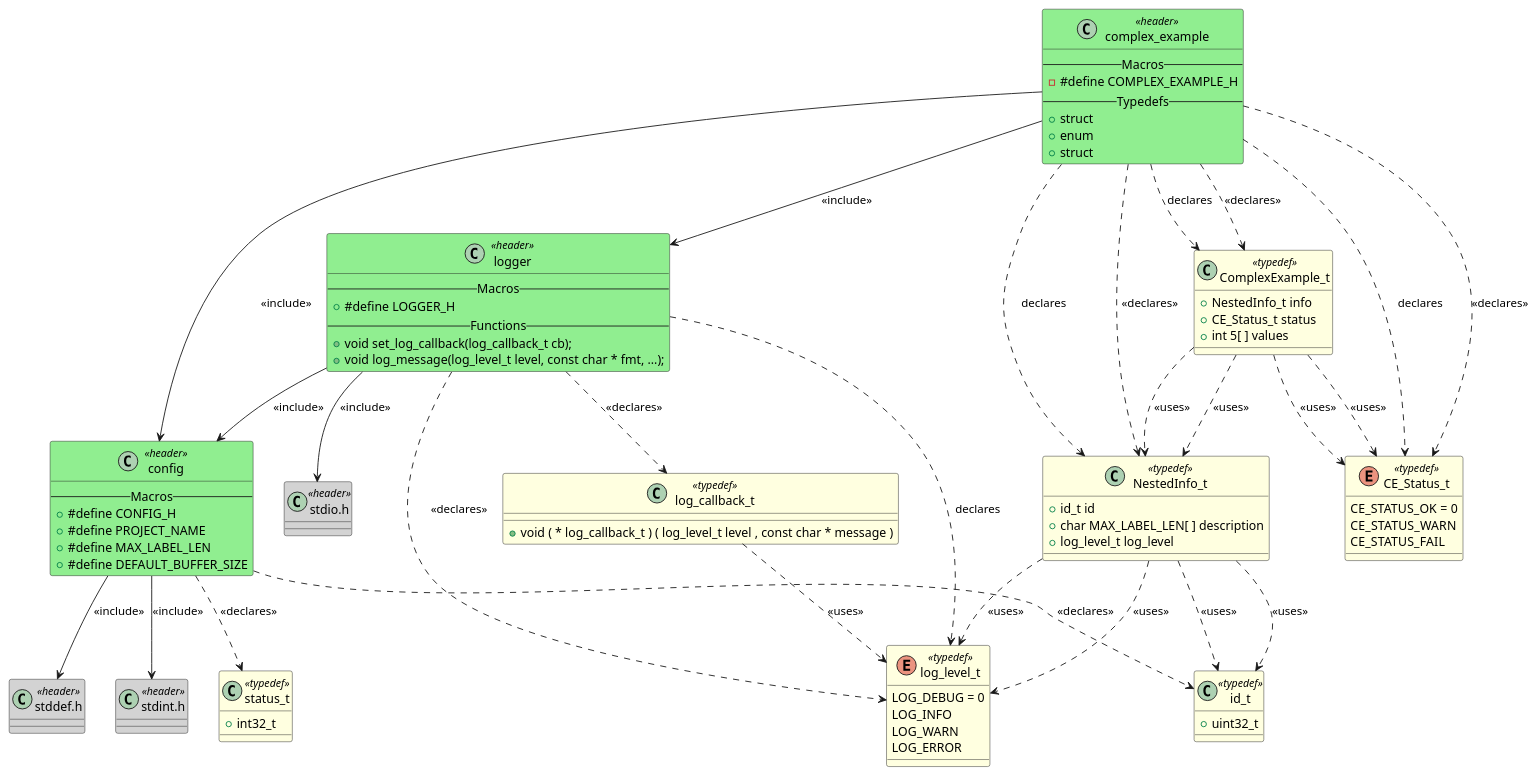
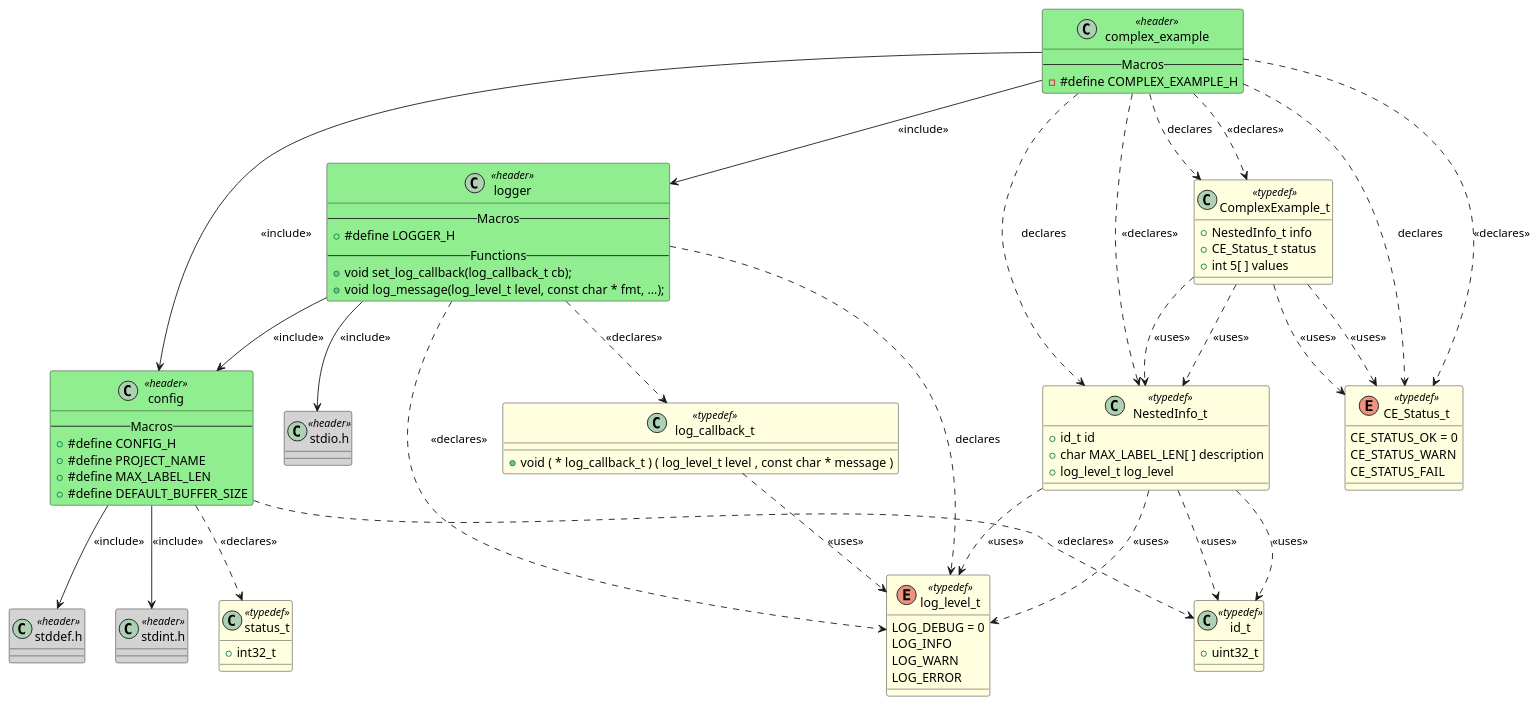
The diagram in output/complex_example.puml (fischerjooo/c2puml), drawn with PlantUML before and after one commit. The commit also changed 17 other files, not shown here.

Commit message:
Remove typedef sections from header and source class PlantUML generation

```diff
--- a/output/complex_example.puml
+++ b/output/complex_example.puml
@@ -1,112 +1,108 @@
 @startuml complex_example
 
 class "complex_example" as HEADER_COMPLEX_EXAMPLE <<header>> #LightGreen
 {
     -- Macros --
     - #define COMPLEX_EXAMPLE_H
-    -- Typedefs --
-    + struct
-    + enum
-    + struct
 }
 
 class "config" as HEADER_CONFIG <<header>> #LightGreen
 {
     -- Macros --
     + #define CONFIG_H
     + #define PROJECT_NAME
     + #define MAX_LABEL_LEN
     + #define DEFAULT_BUFFER_SIZE
 }
 class "logger" as HEADER_LOGGER <<header>> #LightGreen
 {
     -- Macros --
     + #define LOGGER_H
     -- Functions --
     + void set_log_callback(log_callback_t cb);
     + void log_message(log_level_t level, const char * fmt, ...);
 }
 class "stddef.h" as HEADER_STDDEF <<header>> #LightGray
 {
 }
 
 class "stdint.h" as HEADER_STDINT <<header>> #LightGray
 {
 }
 
 class "stdio.h" as HEADER_STDIO <<header>> #LightGray
 {
 }
 
 class "NestedInfo_t" as TYPEDEF_NestedInfo_t <<typedef>> #LightYellow
 {
     + id_t id
     + char MAX_LABEL_LEN[ ] description
     + log_level_t log_level
 }
 
 enum "CE_Status_t" as TYPEDEF_CE_Status_t <<typedef>> #LightYellow
 {
     CE_STATUS_OK = 0
     CE_STATUS_WARN
     CE_STATUS_FAIL
 }
 
 class "ComplexExample_t" as TYPEDEF_ComplexExample_t <<typedef>> #LightYellow
 {
     + NestedInfo_t info
     + CE_Status_t status
     + int 5[ ] values
 }
 
 class "id_t" as TYPEDEF_id_t <<typedef>> #LightYellow
 {
     + uint32_t
 }
 
 class "status_t" as TYPEDEF_status_t <<typedef>> #LightYellow
 {
     + int32_t
 }
 
 enum "log_level_t" as TYPEDEF_log_level_t <<typedef>> #LightYellow
 {
     LOG_DEBUG = 0
     LOG_INFO
     LOG_WARN
     LOG_ERROR
 }
 
 class "log_callback_t" as TYPEDEF_log_callback_t <<typedef>> #LightYellow
 {
     + void ( * log_callback_t ) ( log_level_t level , const char * message )
 }
 
 HEADER_COMPLEX_EXAMPLE --> HEADER_CONFIG : <<include>>
 HEADER_COMPLEX_EXAMPLE --> HEADER_LOGGER : <<include>>
 HEADER_CONFIG --> HEADER_STDDEF : <<include>>
 HEADER_CONFIG --> HEADER_STDINT : <<include>>
 HEADER_LOGGER --> HEADER_STDIO : <<include>>
 HEADER_LOGGER --> HEADER_CONFIG : <<include>>
 HEADER_COMPLEX_EXAMPLE ..> TYPEDEF_NestedInfo_t : declares
 HEADER_COMPLEX_EXAMPLE ..> TYPEDEF_CE_Status_t : declares
 HEADER_COMPLEX_EXAMPLE ..> TYPEDEF_ComplexExample_t : declares
 HEADER_LOGGER ..> TYPEDEF_log_level_t : declares
 TYPEDEF_NestedInfo_t ..> TYPEDEF_id_t : <<uses>>
 TYPEDEF_NestedInfo_t ..> TYPEDEF_log_level_t : <<uses>>
 TYPEDEF_ComplexExample_t ..> TYPEDEF_NestedInfo_t : <<uses>>
 TYPEDEF_ComplexExample_t ..> TYPEDEF_CE_Status_t : <<uses>>
 TYPEDEF_NestedInfo_t ..> TYPEDEF_id_t : <<uses>>
 TYPEDEF_NestedInfo_t ..> TYPEDEF_log_level_t : <<uses>>
 TYPEDEF_ComplexExample_t ..> TYPEDEF_NestedInfo_t : <<uses>>
 TYPEDEF_ComplexExample_t ..> TYPEDEF_CE_Status_t : <<uses>>
 TYPEDEF_log_callback_t ..> TYPEDEF_log_level_t : <<uses>>
 HEADER_COMPLEX_EXAMPLE ..> TYPEDEF_NestedInfo_t : <<declares>>
 HEADER_COMPLEX_EXAMPLE ..> TYPEDEF_CE_Status_t : <<declares>>
 HEADER_COMPLEX_EXAMPLE ..> TYPEDEF_ComplexExample_t : <<declares>>
 HEADER_CONFIG ..> TYPEDEF_id_t : <<declares>>
 HEADER_CONFIG ..> TYPEDEF_status_t : <<declares>>
 HEADER_LOGGER ..> TYPEDEF_log_level_t : <<declares>>
 HEADER_LOGGER ..> TYPEDEF_log_callback_t : <<declares>>
 
 @enduml
```
